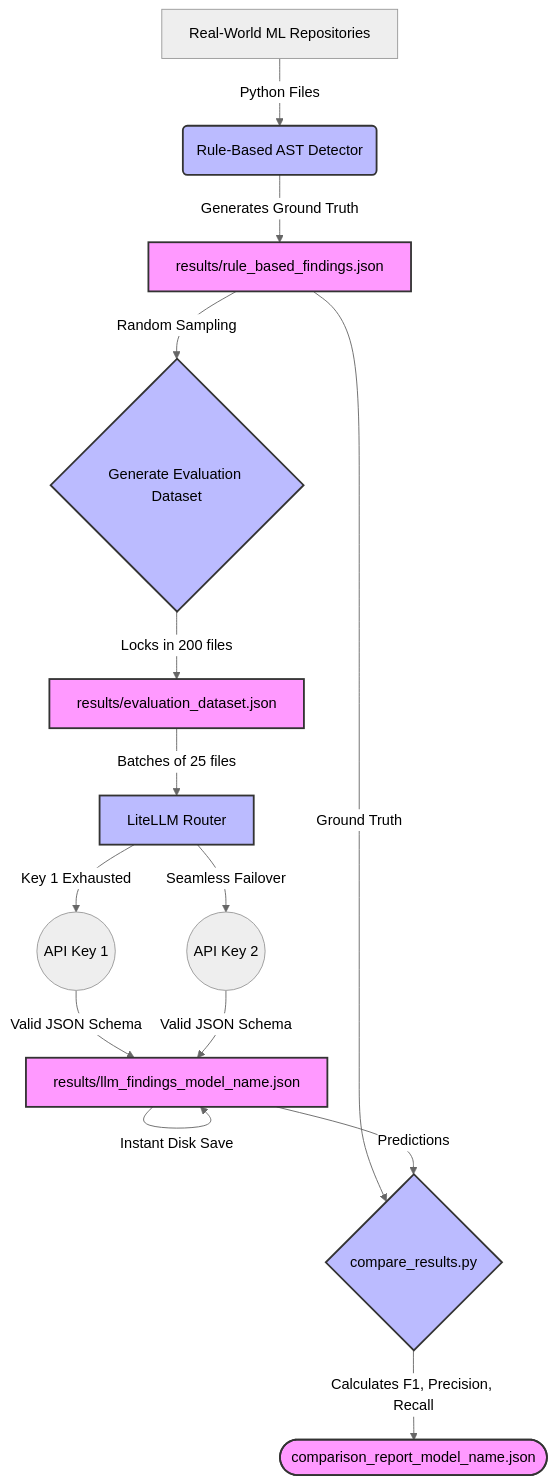
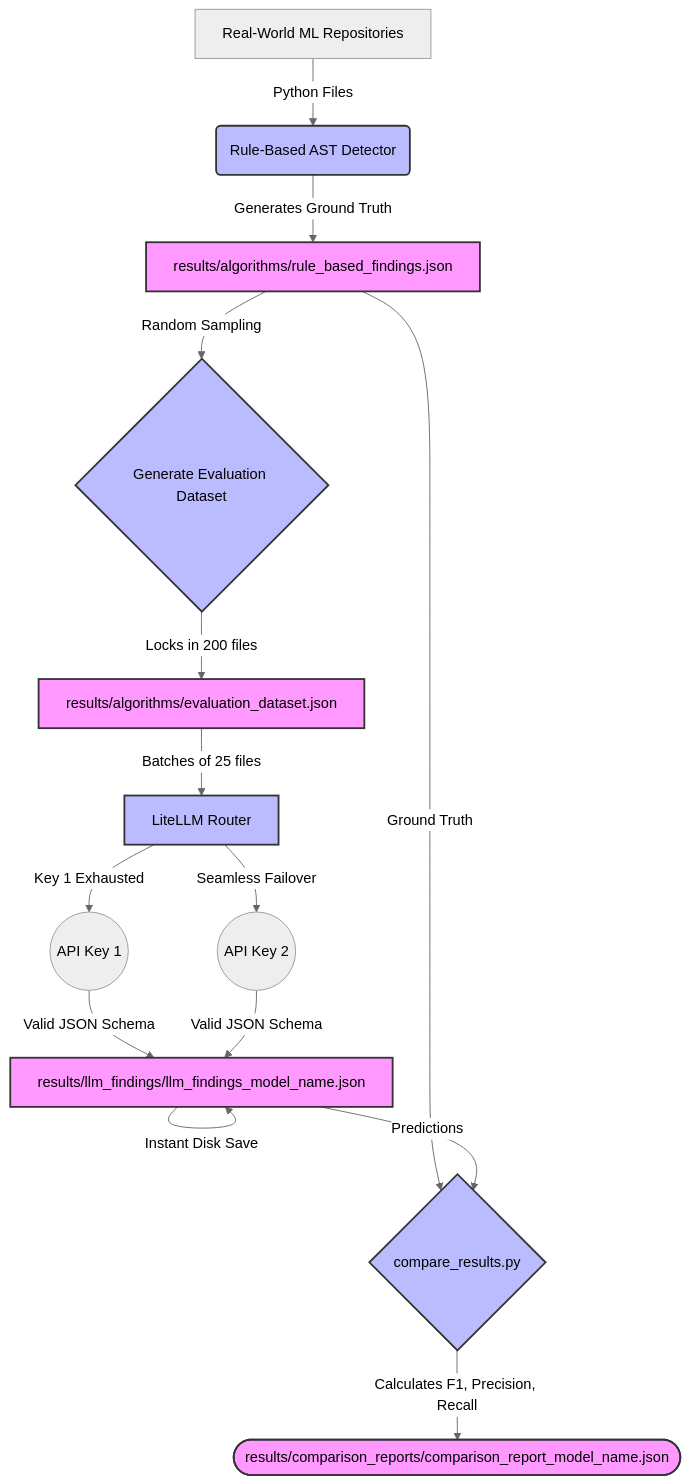
The diagram in README.md (Supl3x/AlgoDebt), drawn with Mermaid (neutral theme) before and after one commit.

Commit message:
Update README diagram paths and fix font colors

````diff
--- a/README.md
+++ b/README.md
@@ -33,26 +33,26 @@
 ```mermaid
 graph TD
     A[Real-World ML Repositories] -->|Python Files| B(Rule-Based AST Detector)
-    B -->|Generates Ground Truth| C[results/rule_based_findings.json]
+    B -->|Generates Ground Truth| C[results/algorithms/rule_based_findings.json]
     
     C -->|Random Sampling| D{Generate Evaluation Dataset}
-    D -->|Locks in 200 files| E[results/evaluation_dataset.json]
+    D -->|Locks in 200 files| E[results/algorithms/evaluation_dataset.json]
     
     E -->|Batches of 25 files| F[LiteLLM Router]
     
     F -->|Key 1 Exhausted| G1((API Key 1))
     F -->|Seamless Failover| G2((API Key 2))
     
-    G1 & G2 -->|Valid JSON Schema| H[results/llm_findings_model_name.json]
+    G1 & G2 -->|Valid JSON Schema| H[results/llm_findings/llm_findings_model_name.json]
     H -->|Instant Disk Save| H
     
     C -->|Ground Truth| I{compare_results.py}
     H -->|Predictions| I
     
-    I -->|Calculates F1, Precision, Recall| J([comparison_report_model_name.json])
+    I -->|Calculates F1, Precision, Recall| J([results/comparison_reports/comparison_report_model_name.json])
     
-    classDef file fill:#f9f,stroke:#333,stroke-width:2px;
-    classDef script fill:#bbf,stroke:#333,stroke-width:2px;
+    classDef file fill:#f9f,stroke:#333,stroke-width:2px,color:#000;
+    classDef script fill:#bbf,stroke:#333,stroke-width:2px,color:#000;
     class C,E,H,J file;
     class B,D,F,I script;
 ```
````
